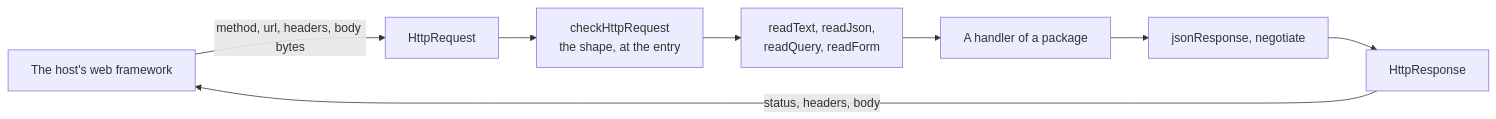
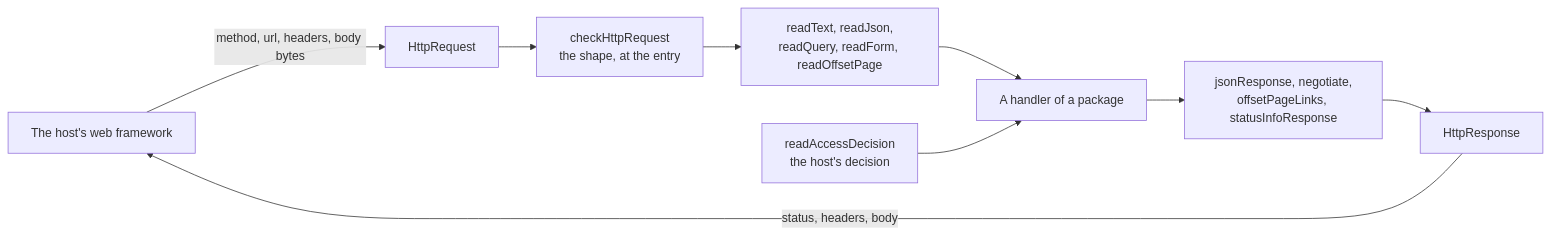
Before and after one commit to interopkit/interopkit: the diagram in docs/core/http.md, drawn with Mermaid. The commit also changed other lines of this file and 19 other files, not shown here.

First line of the commit message:
Move the paging, the imsx_StatusInfo answer and the access decision of the CASE provider into core/http, for every provider of a 1EdTech service

````diff
--- a/docs/core/http.md
+++ b/docs/core/http.md
@@ -8,10 +9,11 @@
 ```mermaid
 flowchart LR
   framework["The host's web framework"] -->|"method, url, headers, body bytes"| request["HttpRequest"]
   request --> check["checkHttpRequest<br/>the shape, at the entry"]
-  check --> read["readText, readJson,<br/>readQuery, readForm"]
+  check --> read["readText, readJson,<br/>readQuery, readForm, readOffsetPage"]
   read --> handler["A handler of a package"]
-  handler --> build["jsonResponse, negotiate"]
+  decision["readAccessDecision<br/>the host's decision"] --> handler
+  handler --> build["jsonResponse, negotiate,<br/>offsetPageLinks, statusInfoResponse"]
   build --> response["HttpResponse"]
   response -->|"status, headers, body"| framework
 ```
````
